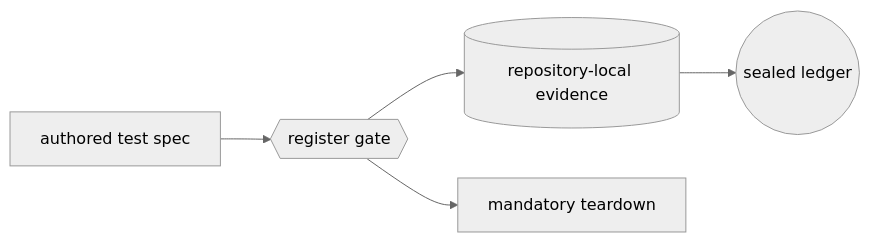
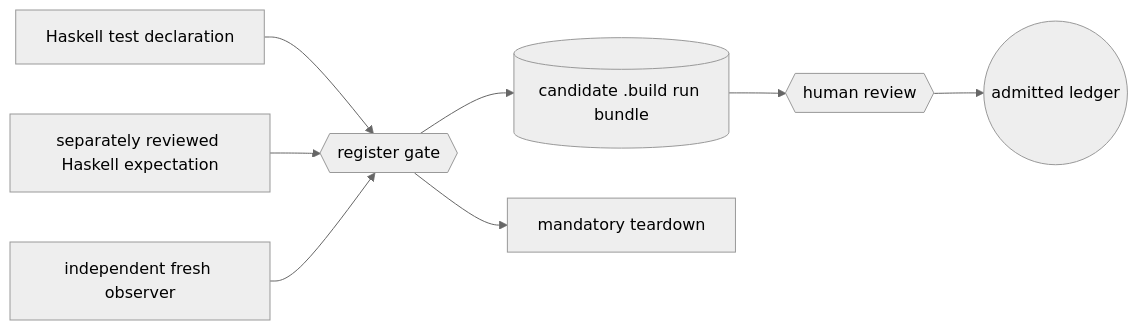
One commit to Tuee22/amoebius changed the first of 4 diagrams in documents/engineering/testing_doctrine.md. Above: the diagram before and after it, drawn with Mermaid (neutral theme). The commit also changed other lines of this file and 219 other files, not shown here.

````diff
--- a/documents/engineering/testing_doctrine.md
+++ b/documents/engineering/testing_doctrine.md
@@ -47,8 +45,11 @@
 ```mermaid
 flowchart LR
 %% register: orientation
-  spec["authored test spec"] --> gate{{"register gate"}}
-  gate --> evidence[("repository-local evidence")]
-  evidence --> ledger(("sealed ledger"))
+  spec["Haskell test declaration"] --> gate{{"register gate"}}
+  oracle["separately reviewed Haskell expectation"] --> gate
+  observer["independent fresh observer"] --> gate
+  gate --> evidence[("candidate .build run bundle")]
+  evidence --> review{{"human review"}}
+  review --> ledger(("admitted ledger"))
   gate --> teardown["mandatory teardown"]
 ```
````
